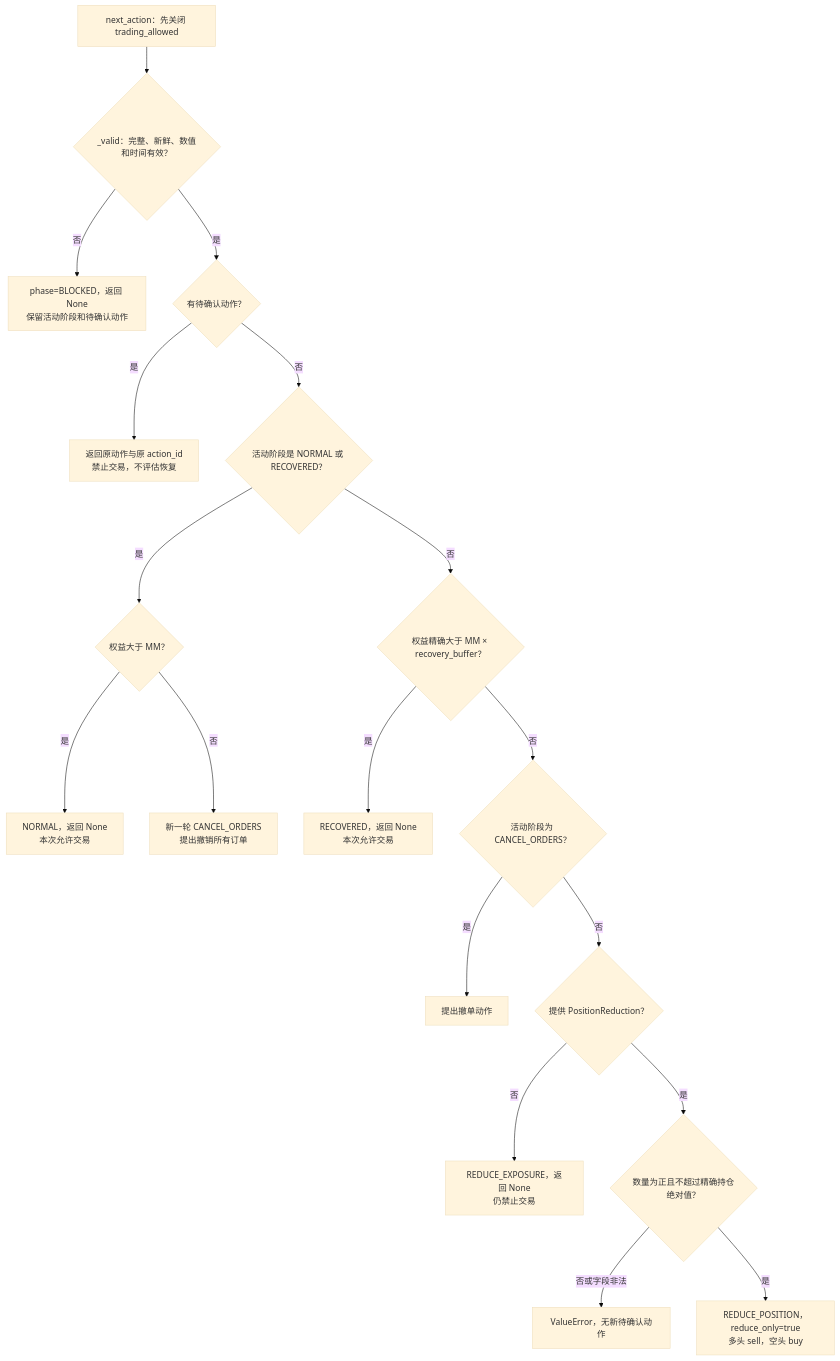
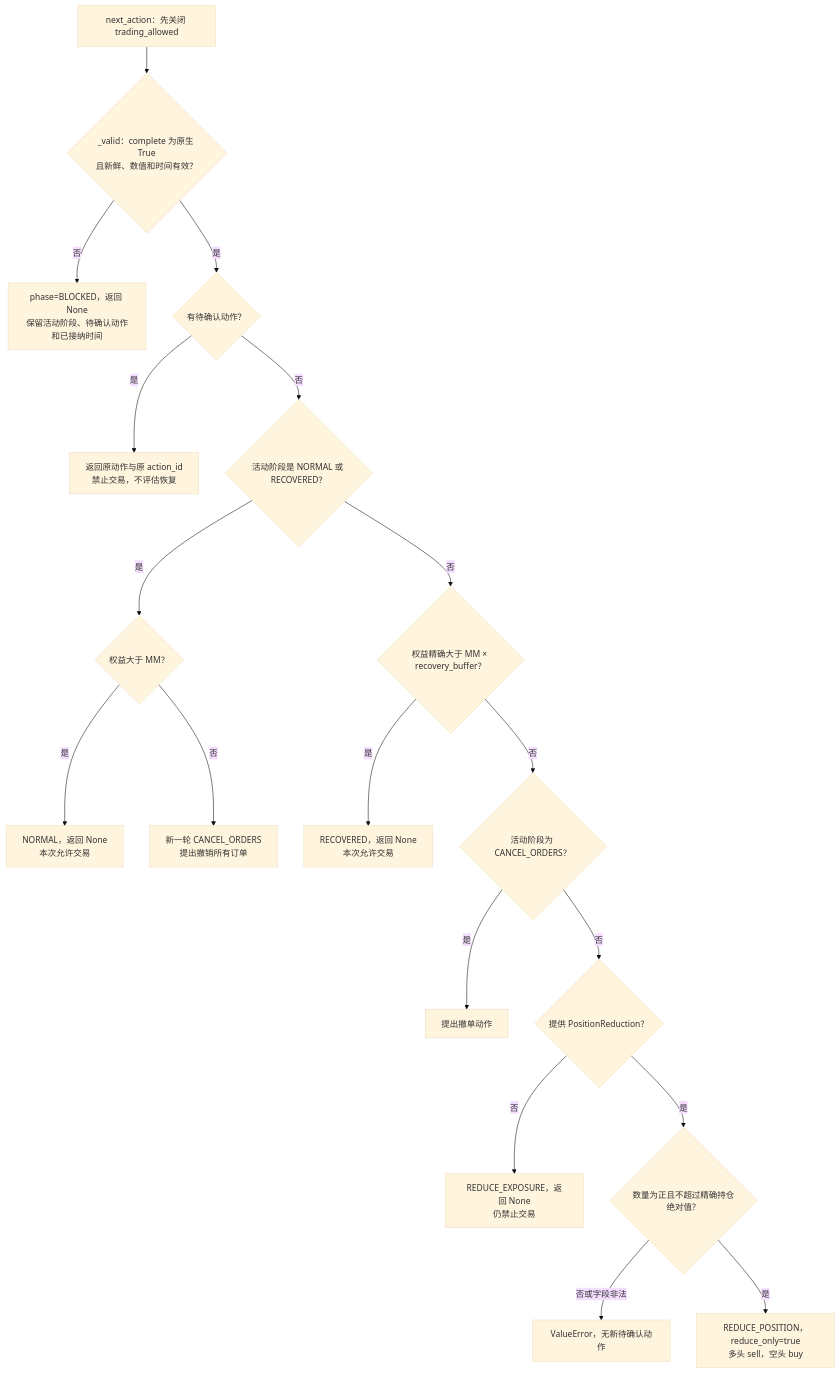
One commit to PureGamma-Harness/uta-unified-account changed the first of 2 diagrams in docs/liquidation-controller.md. Above: the diagram before and after it, drawn with Mermaid (base theme). The commit also changed other lines of this file and 6 other files, not shown here.

````diff
--- a/docs/liquidation-controller.md
+++ b/docs/liquidation-controller.md
@@ -9,20 +9,20 @@
 ```mermaid
 flowchart TD
-    Start["next_action：先关闭 trading_allowed"] --> Valid{"_valid：完整、新鲜、数值和时间有效？"}
-    Valid -->|否| Block["phase=BLOCKED，返回 None<br/>保留活动阶段和待确认动作"]
+    Start["next_action：先关闭 trading_allowed"] --> Valid{"_valid：complete 为原生 True<br/>且新鲜、数值和时间有效？"}
+    Valid -->|否| Block["phase=BLOCKED，返回 None<br/>保留活动阶段、待确认动作和已接纳时间"]
     Valid -->|是| Pending{"有待确认动作？"}
     Pending -->|是| Retry["返回原动作与原 action_id<br/>禁止交易，不评估恢复"]
     Pending -->|否| Normal{"活动阶段是 NORMAL 或 RECOVERED？"}
     Normal -->|是| Healthy{"权益大于 MM？"}
     Healthy -->|是| Allow["NORMAL，返回 None<br/>本次允许交易"]
     Healthy -->|否| Cancel["新一轮 CANCEL_ORDERS<br/>提出撤销所有订单"]
     Normal -->|否| Recover{"权益精确大于 MM × recovery_buffer？"}
     Recover -->|是| Recovered["RECOVERED，返回 None<br/>本次允许交易"]
     Recover -->|否| Phase{"活动阶段为 CANCEL_ORDERS？"}
     Phase -->|是| CancelAgain["提出撤单动作"]
     Phase -->|否| Reduction{"提供 PositionReduction？"}
     Reduction -->|否| Wait["REDUCE_EXPOSURE，返回 None<br/>仍禁止交易"]
     Reduction -->|是| Bounds{"数量为正且不超过精确持仓绝对值？"}
     Bounds -->|否或字段非法| Error["ValueError，无新待确认动作"]
     Bounds -->|是| Propose["REDUCE_POSITION，reduce_only=true<br/>多头 sell，空头 buy"]
 ```
````
